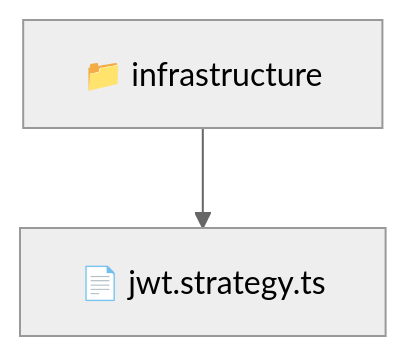
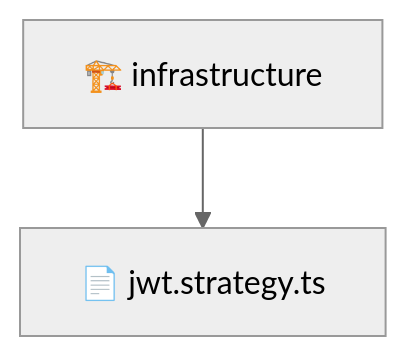
One commit to beginwebdev2002/fullstack-mavluda changed the diagram in backend/src/modules/auth/infrastructure/README.md. Above: the diagram before and after it, drawn with Mermaid (neutral theme). The commit also changed other lines of this file and 165 other files, not shown here.

First line of the commit message:
docs: generate localized architectural READMEs

````diff
--- a/backend/src/modules/auth/infrastructure/README.md
+++ b/backend/src/modules/auth/infrastructure/README.md
@@ -10,5 +9,5 @@
 ```mermaid
 graph TD
-  Root["📁 infrastructure"]
-  Root --> jwtstrategyts["📄 jwt.strategy.ts"]
+  infrastructure["🏗️ infrastructure"]
+  infrastructure --> jwt_strategy_ts["📄 jwt.strategy.ts"]
 ```
````
